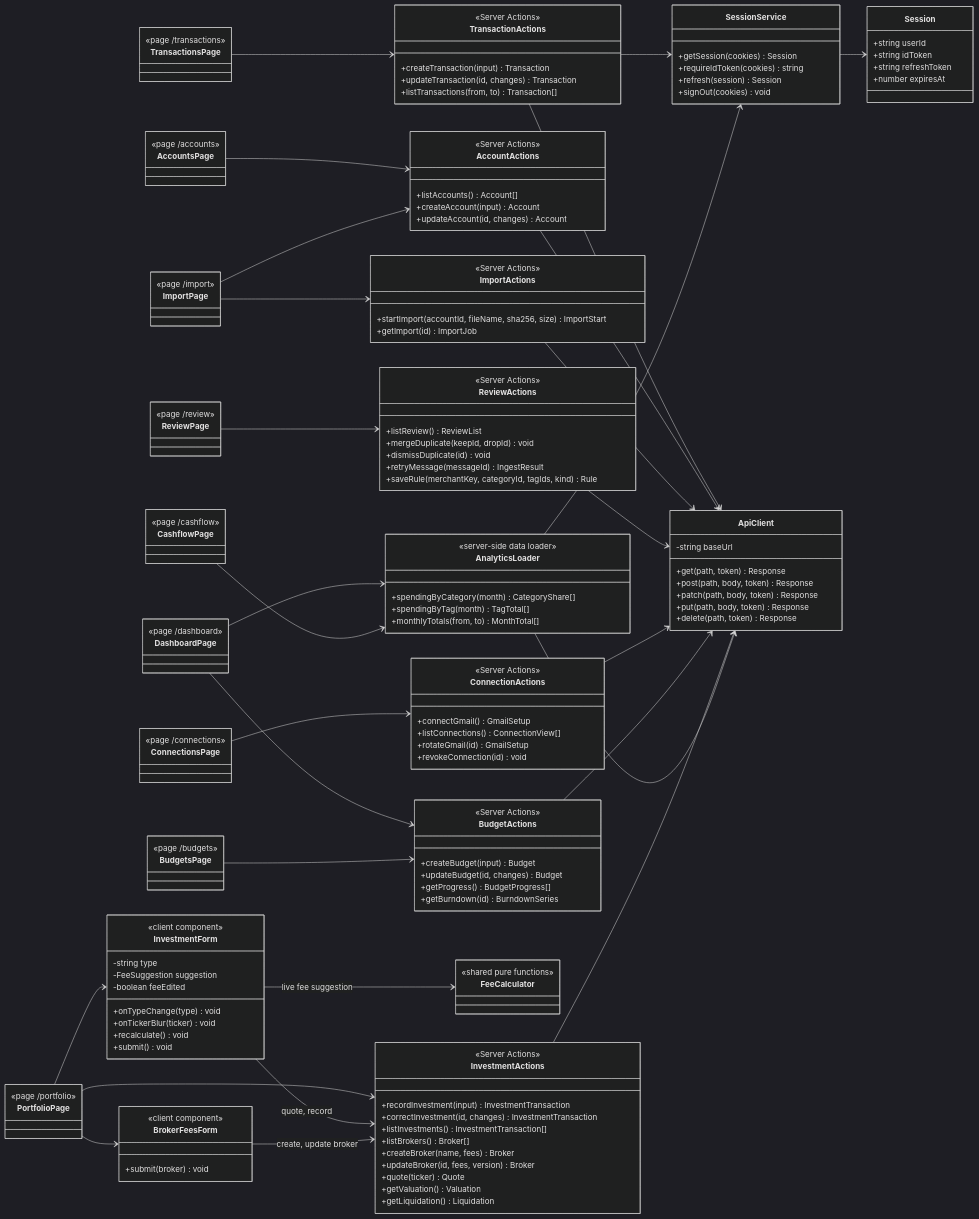
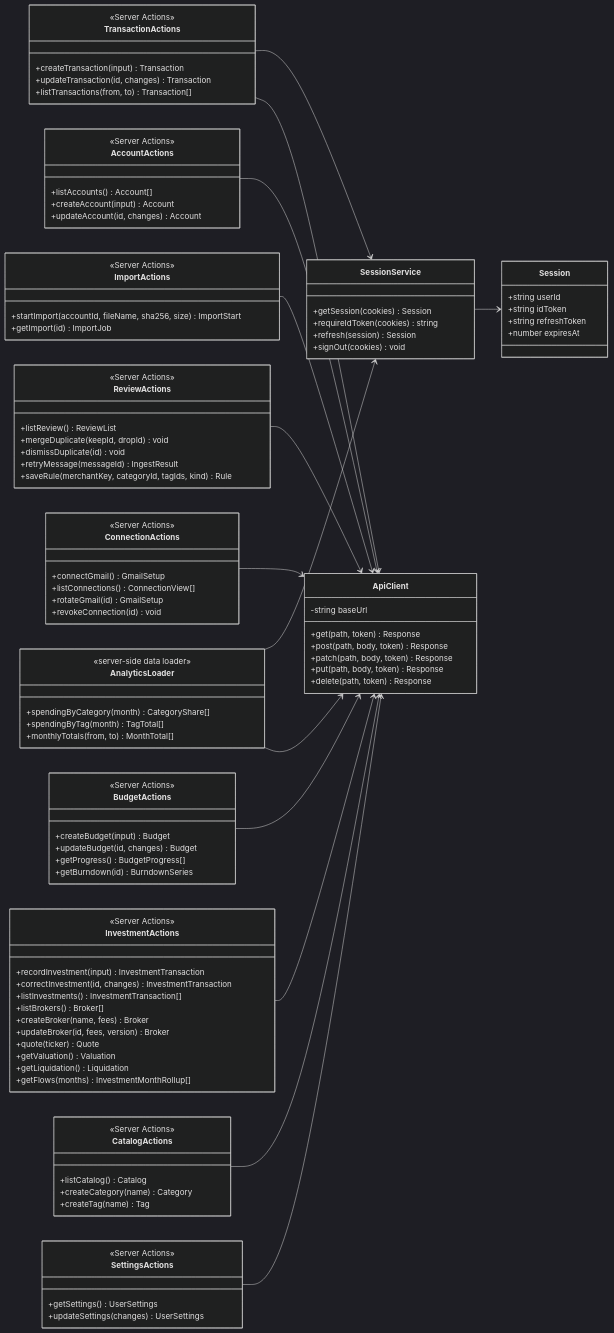
One commit to Ezequiel294/cs3365-finance-app changed the third of 26 diagrams in docs/diagrams/class-diagram.md. Above: the diagram before and after it, drawn with Mermaid (dark theme). The commit also changed other lines of this file and 18 other files, not shown here.

Commit message:
attempt 3 design/architecture changes

````diff
--- a/docs/diagrams/class-diagram.md
+++ b/docs/diagrams/class-diagram.md
@@ -560,56 +583,24 @@
         +quote(ticker) Quote
         +getValuation() Valuation
         +getLiquidation() Liquidation
+        +getFlows(months) InvestmentMonthRollup[]
     }
-    class InvestmentForm {
-        <<client component>>
-        -string type
-        -FeeSuggestion suggestion
-        -boolean feeEdited
-        +onTypeChange(type) void
-        +onTickerBlur(ticker) void
-        +recalculate() void
-        +submit() void
+    class CatalogActions {
+        <<Server Actions>>
+        +listCatalog() Catalog
+        +createCategory(name) Category
+        +createTag(name) Tag
     }
-    class BrokerFeesForm {
-        <<client component>>
-        +submit(broker) void
-    }
-    class FeeCalculator {
-        <<shared pure functions>>
+    class SettingsActions {
+        <<Server Actions>>
+        +getSettings() UserSettings
+        +updateSettings(changes) UserSettings
     }
     class AnalyticsLoader {
         <<server-side data loader>>
         +spendingByCategory(month) CategoryShare[]
         +spendingByTag(month) TagTotal[]
         +monthlyTotals(from, to) MonthTotal[]
-    }
-    class DashboardPage {
-        <<page /dashboard>>
-    }
-    class TransactionsPage {
-        <<page /transactions>>
-    }
-    class AccountsPage {
-        <<page /accounts>>
-    }
-    class ImportPage {
-        <<page /import>>
-    }
-    class ReviewPage {
-        <<page /review>>
-    }
-    class ConnectionsPage {
-        <<page /connections>>
-    }
-    class BudgetsPage {
-        <<page /budgets>>
-    }
-    class CashflowPage {
-        <<page /cashflow>>
-    }
-    class PortfolioPage {
-        <<page /portfolio>>
     }
     SessionService --> Session
     TransactionActions --> SessionService
@@ -620,22 +611,8 @@
     ConnectionActions --> ApiClient
     BudgetActions --> ApiClient
     InvestmentActions --> ApiClient
+    CatalogActions --> ApiClient
+    SettingsActions --> ApiClient
     AnalyticsLoader --> SessionService
     AnalyticsLoader --> ApiClient
-    DashboardPage --> AnalyticsLoader
-    DashboardPage --> BudgetActions
-    CashflowPage --> AnalyticsLoader
-    TransactionsPage --> TransactionActions
-    AccountsPage --> AccountActions
-    ImportPage --> AccountActions
-    ImportPage --> ImportActions
-    ReviewPage --> ReviewActions
-    ConnectionsPage --> ConnectionActions
-    BudgetsPage --> BudgetActions
-    PortfolioPage --> InvestmentActions
-    PortfolioPage --> InvestmentForm
-    PortfolioPage --> BrokerFeesForm
-    InvestmentForm --> FeeCalculator : live fee suggestion
-    InvestmentForm --> InvestmentActions : quote, record
-    BrokerFeesForm --> InvestmentActions : create, update broker
 ```
````
